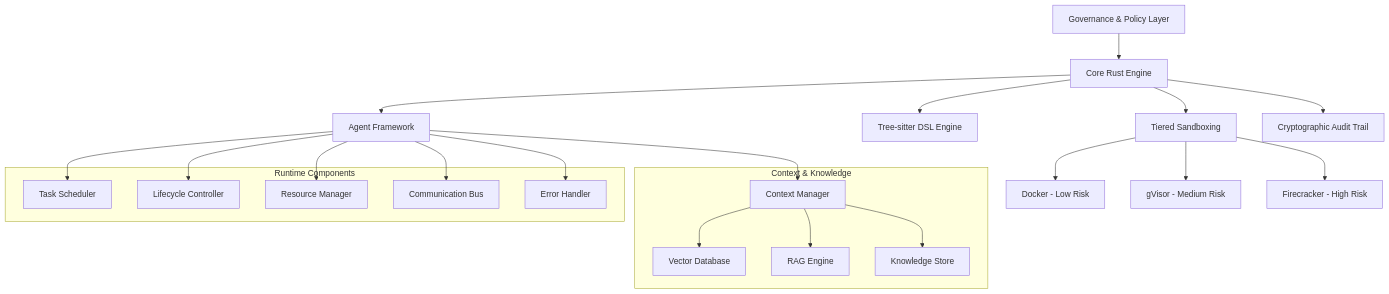
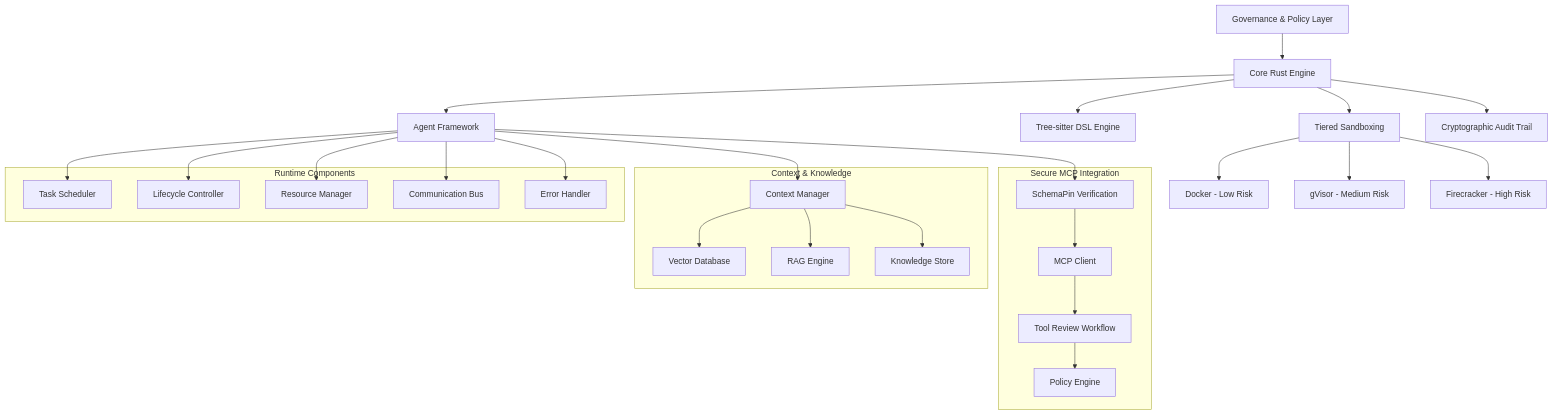
One commit to ThirdKeyAI/Symbiont changed the first of 3 diagrams in README.md. Above: the diagram before and after it, drawn with Mermaid. The commit also changed other lines of this file and 2 other files, not shown here.

````diff
--- a/README.md
+++ b/README.md
@@ -142,36 +161,47 @@
 ```mermaid
 graph TB
     A[Governance & Policy Layer] --> B[Core Rust Engine]
     B --> C[Agent Framework]
     B --> D[Tree-sitter DSL Engine]
     B --> E[Tiered Sandboxing]
     E --> F[Docker - Low Risk]
     E --> G[gVisor - Medium Risk]
     E --> H[Firecracker - High Risk]
     B --> I[Cryptographic Audit Trail]
     
     subgraph "Runtime Components"
         J[Task Scheduler]
         K[Lifecycle Controller]
         L[Resource Manager]
         M[Communication Bus]
         N[Error Handler]
     end
     
     subgraph "Context & Knowledge"
         O[Context Manager]
         P[Vector Database]
         Q[RAG Engine]
         R[Knowledge Store]
     end
     
+    subgraph "Secure MCP Integration"
+        S[SchemaPin Verification]
+        T[MCP Client]
+        U[Tool Review Workflow]
+        V[Policy Engine]
+    end
+    
     C --> J
     C --> K
     C --> L
     C --> M
     C --> N
     C --> O
     O --> P
     O --> Q
     O --> R
+    C --> S
+    S --> T
+    T --> U
+    U --> V
 ```
````
